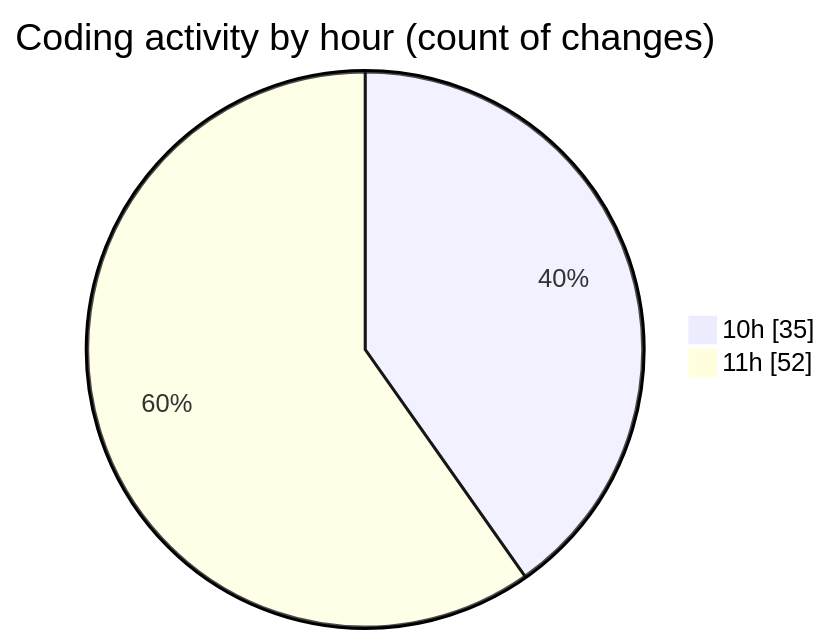
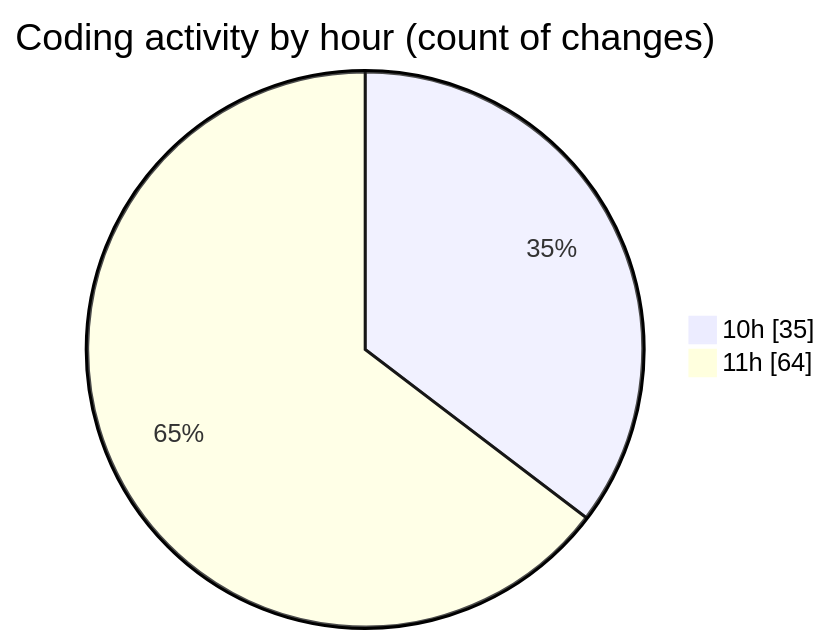
One commit to momahboobian/code-tracking changed the second of 2 diagrams in 2025-03-28/cda/README.md. Above: the diagram before and after it, drawn with Mermaid. The commit also changed other lines of this file and 1 other file, not shown here.

````diff
--- a/2025-03-28/cda/README.md
+++ b/2025-03-28/cda/README.md
@@ -32,6 +32,6 @@
 ```mermaid
 pie showData
 title Coding activity by hour (count of changes)
 "10h" : 35
-"11h" : 52
+"11h" : 64
 ```
````
